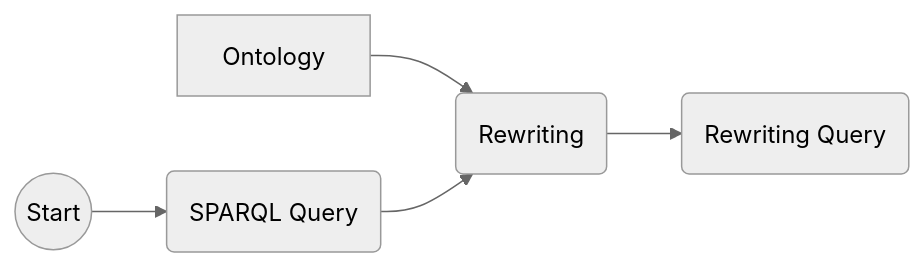
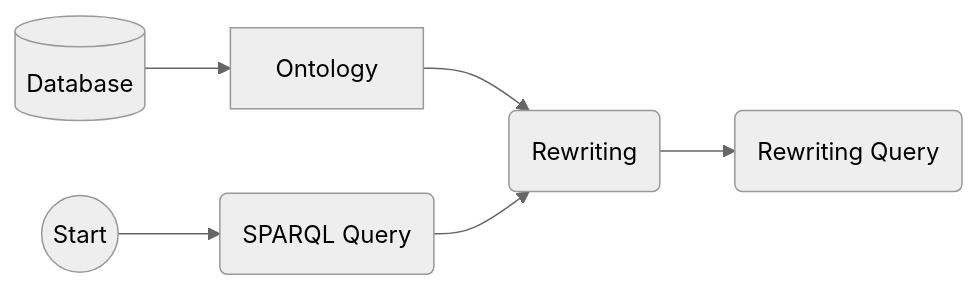
The fifth of 12 diagrams in pages/relational-databases.md (behroozbc/Seminar-KG-Hosting), drawn with Mermaid (neutral theme) before and after one commit. The commit also changed other lines of this file and 3 other files, not shown here.

````diff
--- a/pages/relational-databases.md
+++ b/pages/relational-databases.md
@@ -252,10 +254,12 @@
 ```mermaid
 flowchart LR
 start((Start))
 sparqlQ(SPARQL Query)
+db[(Database)]
 ontology[Ontology]
 ontology--> rewriting
 rewriting("Rewriting")
 rewritingQ("Rewriting Query")
+db--> ontology
 start--> sparqlQ --> rewriting -->  rewritingQ
 ```
````
